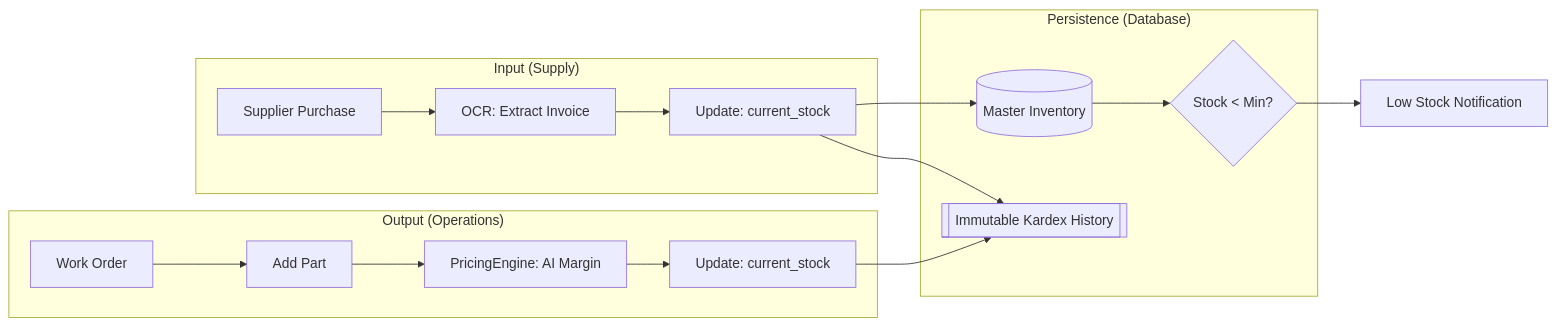
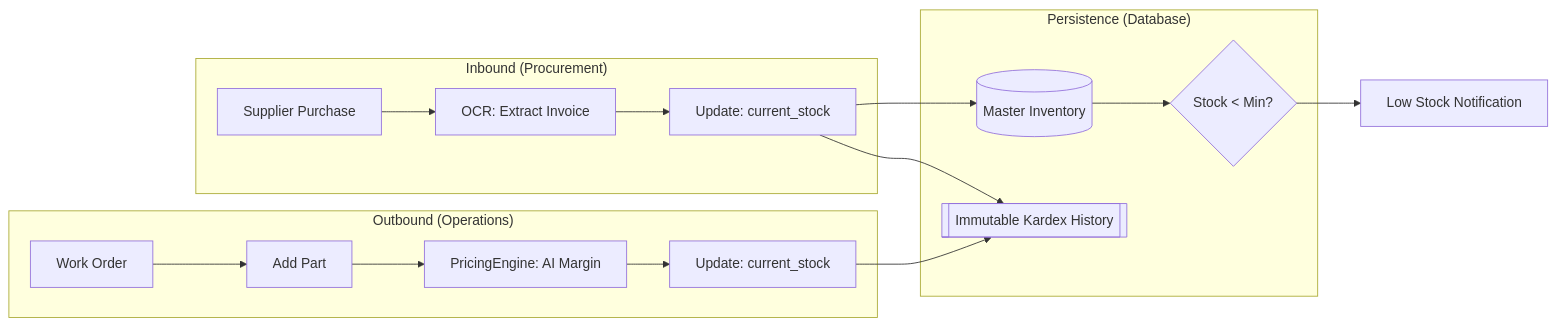
The third of 4 diagrams in README.md (brandonjimenez21/efiscoArchitecture), drawn with Mermaid before and after one commit. The commit also changed other lines of this file, not shown here.

````diff
--- a/README.md
+++ b/README.md
@@ -125,22 +152,22 @@
 ```mermaid
 graph LR
-    subgraph "Input (Supply)"
+    subgraph "Inbound (Procurement)"
         Purchase[Supplier Purchase] --> OCR_P[OCR: Extract Invoice]
         OCR_P --> Inv_Up[Update: current_stock]
     end
 
     subgraph "Persistence (Database)"
         Inv_Up --> Master[(Master Inventory)]
         Inv_Up --> Kardex[[Immutable Kardex History]]
         Master --> Alerts{Stock < Min?}
     end
 
-    subgraph "Output (Operations)"
+    subgraph "Outbound (Operations)"
         WO[Work Order] --> Add_Item[Add Part]
         Add_Item --> Pricing[PricingEngine: AI Margin]
         Pricing --> Inv_Down[Update: current_stock]
         Inv_Down --> Kardex
     end
 
     Alerts --> Dashboard[Low Stock Notification]
 ```
````
